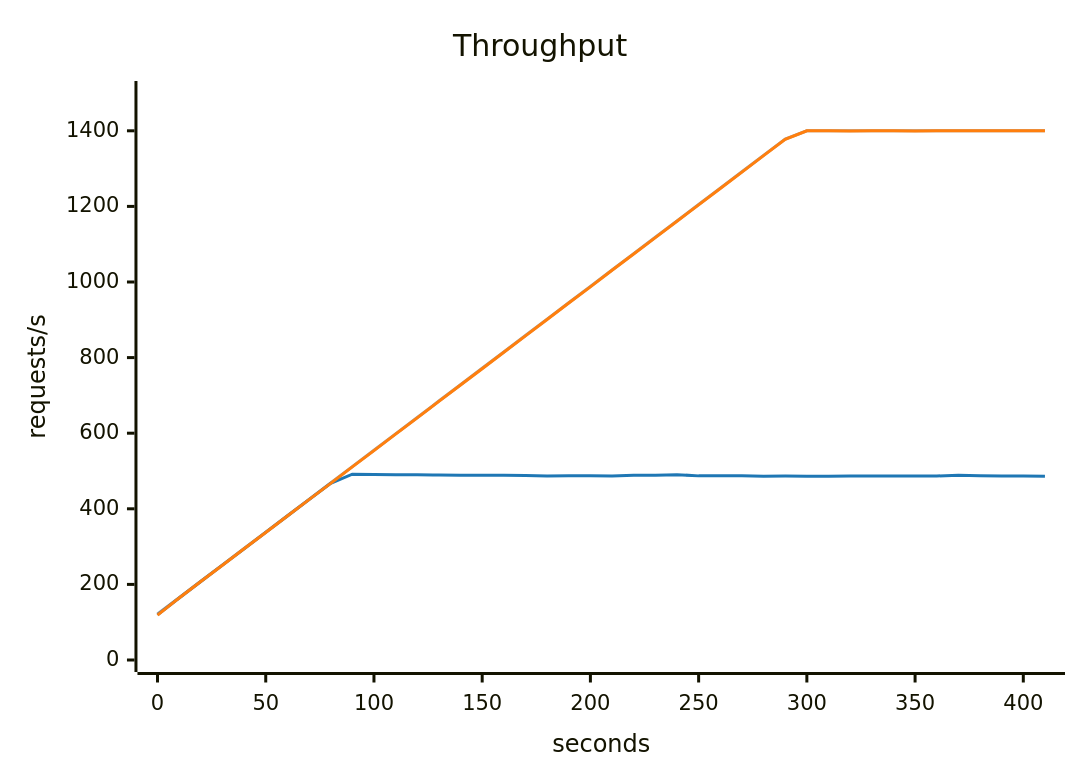
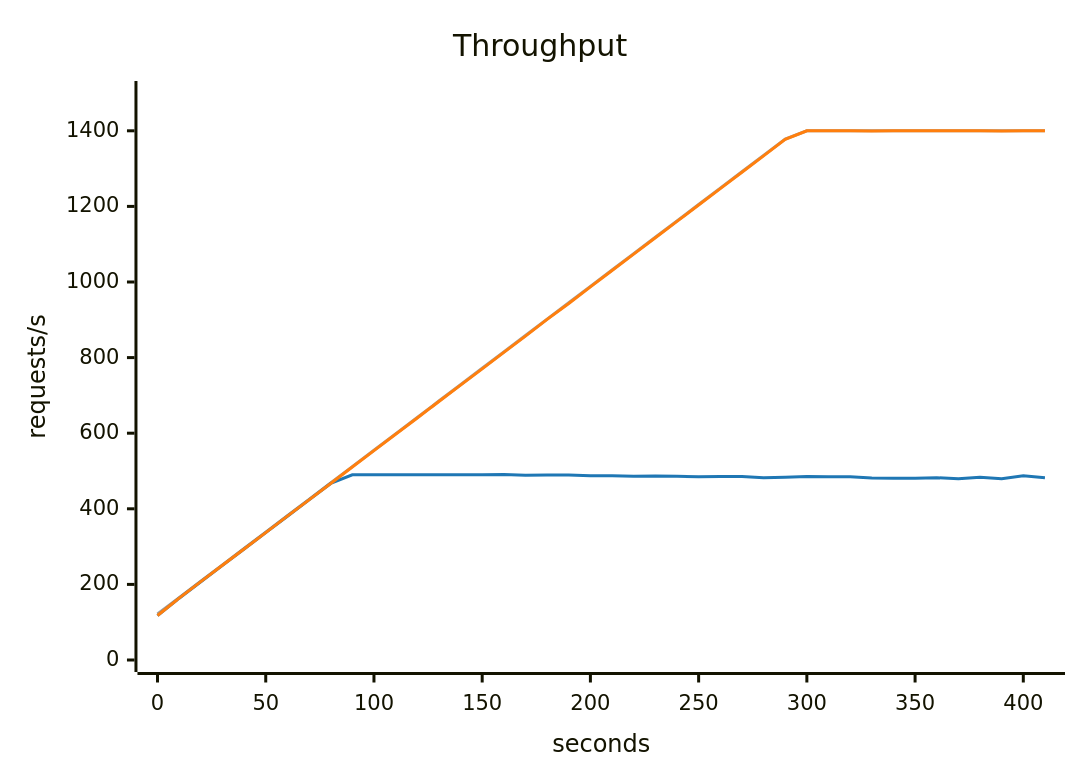
The first of 2 diagrams in scenarios/connection-pool-trap/solutions/release-between-queries/compare.md (akinfemi/load-lore), drawn with Mermaid before and after one commit. The commit also changed other lines of this file and 125 other files, not shown here.

````diff
--- a/scenarios/connection-pool-trap/solutions/release-between-queries/compare.md
+++ b/scenarios/connection-pool-trap/solutions/release-between-queries/compare.md
@@ -33,16 +33,16 @@
 ```mermaid
 ---
 config:
   themeVariables:
     xyChart:
       backgroundColor: "transparent"
       plotColorPalette: "#9e9e9e, #1f77b4, #ff7f0e"
 ---
 xychart-beta
     title "Throughput"
     x-axis "seconds" 0 --> 410
     y-axis "requests/s" 0 --> 1500
     line [121.667, 165, 208.333, 251.667, 295, 338.333, 381.667, 425, 468.333, 511.667, 555, 598.333, 641.667, 685, 728.333, 771.667, 815, 858.333, 901.667, 945, 988.333, 1031.667, 1075, 1118.333, 1161.667, 1205, 1248.333, 1291.667, 1335, 1378.333, 1400, 1400, 1400, 1400, 1400, 1400, 1400, 1400, 1400, 1400, 1400, 1400]
-    line [119.518, 164.145, 207.753, 250.938, 294.074, 337.751, 380.898, 424.377, 467.598, 491.568, 490.745, 490.314, 489.754, 489.605, 488.672, 489.001, 488.659, 488.277, 487.042, 487.33, 487.418, 486.921, 489.051, 488.655, 490.243, 487.106, 487.15, 487.274, 486.248, 486.733, 486.107, 486.435, 486.615, 486.738, 486.98, 486.472, 486.712, 489.068, 487.18, 486.481, 486.869, 486.332]
-    line [118.858, 163.97, 207.622, 250.625, 294.15, 337.403, 380.815, 424.23, 467.214, 511.056, 553.835, 597.539, 640.678, 684.302, 727.442, 770.652, 814.229, 857.347, 900.699, 944.343, 987.102, 1031.009, 1074.126, 1117.375, 1160.762, 1204.095, 1247.368, 1290.808, 1334.184, 1377.462, 1399.86, 1400.231, 1399.768, 1399.929, 1400.445, 1399.664, 1400, 1399.907, 1400.175, 1399.989, 1399.81, 1400.207]
+    line [117.541, 163.489, 207.06, 250.309, 293.734, 337.017, 380.414, 423.519, 467.093, 489.853, 489.948, 489.946, 490.014, 489.808, 490.389, 489.785, 490.449, 488.756, 489.534, 489.715, 487.486, 487.702, 485.803, 486.65, 485.837, 484.934, 485.227, 485.53, 482.288, 483.543, 485.302, 484.637, 484.638, 481.648, 481.06, 480.709, 482.355, 479.344, 483.489, 479.768, 487.22, 482.388]
+    line [117.825, 163.542, 207.196, 250.486, 293.704, 337.049, 380.61, 423.684, 467.025, 510.411, 553.807, 597.085, 640.323, 683.906, 727.276, 770.297, 813.869, 856.821, 901.206, 943.081, 987.091, 1030.577, 1073.856, 1116.992, 1160.497, 1203.66, 1247.106, 1290.35, 1333.807, 1377.246, 1399.848, 1400.197, 1399.815, 1399.734, 1400.235, 1400.024, 1399.978, 1399.945, 1400.308, 1399.763, 1399.912, 1400.13]
 ```
````
